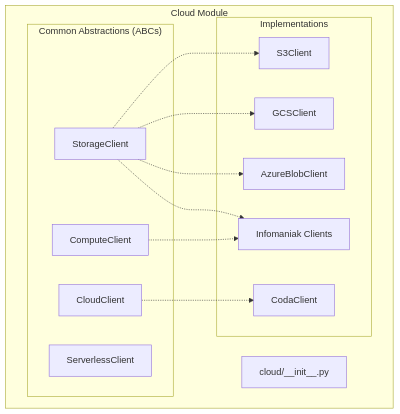
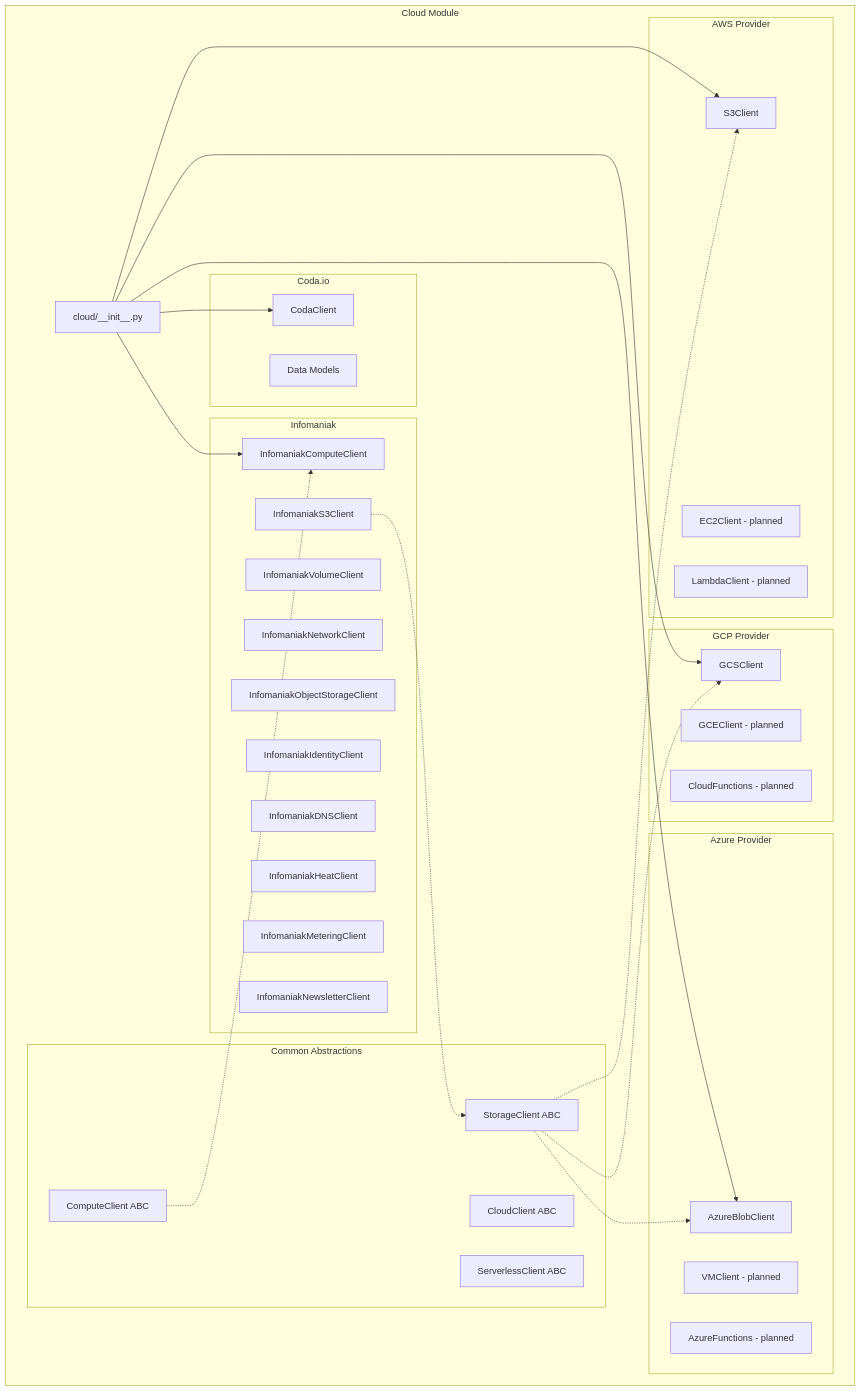
The diagram in src/codomyrmex/documentation/docs/modules/cloud/readme.md (docxology/codomyrmex), drawn with Mermaid before and after one commit. The commit also changed other lines of this file and 77 other files, not shown here.

````diff
--- a/src/codomyrmex/documentation/docs/modules/cloud/readme.md
+++ b/src/codomyrmex/documentation/docs/modules/cloud/readme.md
@@ -39,25 +86,54 @@
 ```mermaid
 graph TB
     subgraph "Cloud Module"
         Init[cloud/__init__.py]
         
-        subgraph "Common Abstractions (ABCs)"
-            ABC[CloudClient]
-            Storage[StorageClient]
-            Compute[ComputeClient]
-            Serverless[ServerlessClient]
+        subgraph "Common Abstractions"
+            ABC[CloudClient ABC]
+            Storage[StorageClient ABC]
+            Compute[ComputeClient ABC]
+            Serverless[ServerlessClient ABC]
+        end
+
+        subgraph "AWS Provider"
+            S3[S3Client]
+            EC2[EC2Client - planned]
+            Lambda[LambdaClient - planned]
+        end
+
+        subgraph "GCP Provider"
+            GCS[GCSClient]
+            GCE[GCEClient - planned]
+            Functions[CloudFunctions - planned]
         end
         
-        subgraph "Implementations"
-            AWS[S3Client]
-            GCP[GCSClient]
-            Azure[AzureBlobClient]
+        subgraph "Azure Provider"
+            Blob[AzureBlobClient]
+            VM[VMClient - planned]
+            AzFunc[AzureFunctions - planned]
+        end
+
+        subgraph "Coda.io"
             Coda[CodaClient]
-            IK[Infomaniak Clients]
+            Models[Data Models]
+        end
+
+        subgraph "Infomaniak"
+            IKCompute[InfomaniakComputeClient]
+            IKVolume[InfomaniakVolumeClient]
+            IKNetwork[InfomaniakNetworkClient]
+            IKObjStore[InfomaniakObjectStorageClient]
+            IKS3[InfomaniakS3Client]
+            IKIdentity[InfomaniakIdentityClient]
+            IKDNS[InfomaniakDNSClient]
+            IKHeat[InfomaniakHeatClient]
+            IKMeter[InfomaniakMeteringClient]
+            IKNewsletter[InfomaniakNewsletterClient]
         end
     end
 
-    Storage -.-> AWS & GCP & Azure & IK
-    Compute -.-> IK
-    ABC -.-> Coda
+    Init --> S3 & GCS & Blob & Coda & IKCompute
+    Storage -.-> S3 & GCS & Blob
+    Compute -.-> IKCompute
+    IKS3 -.-> Storage
 ```
````
